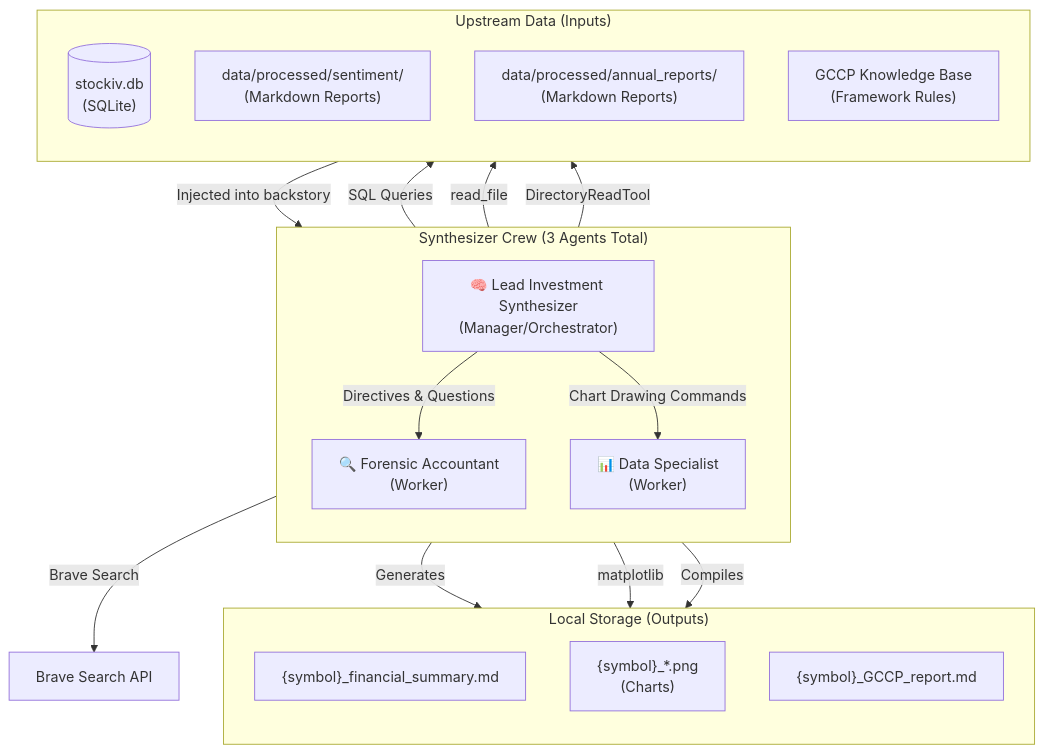
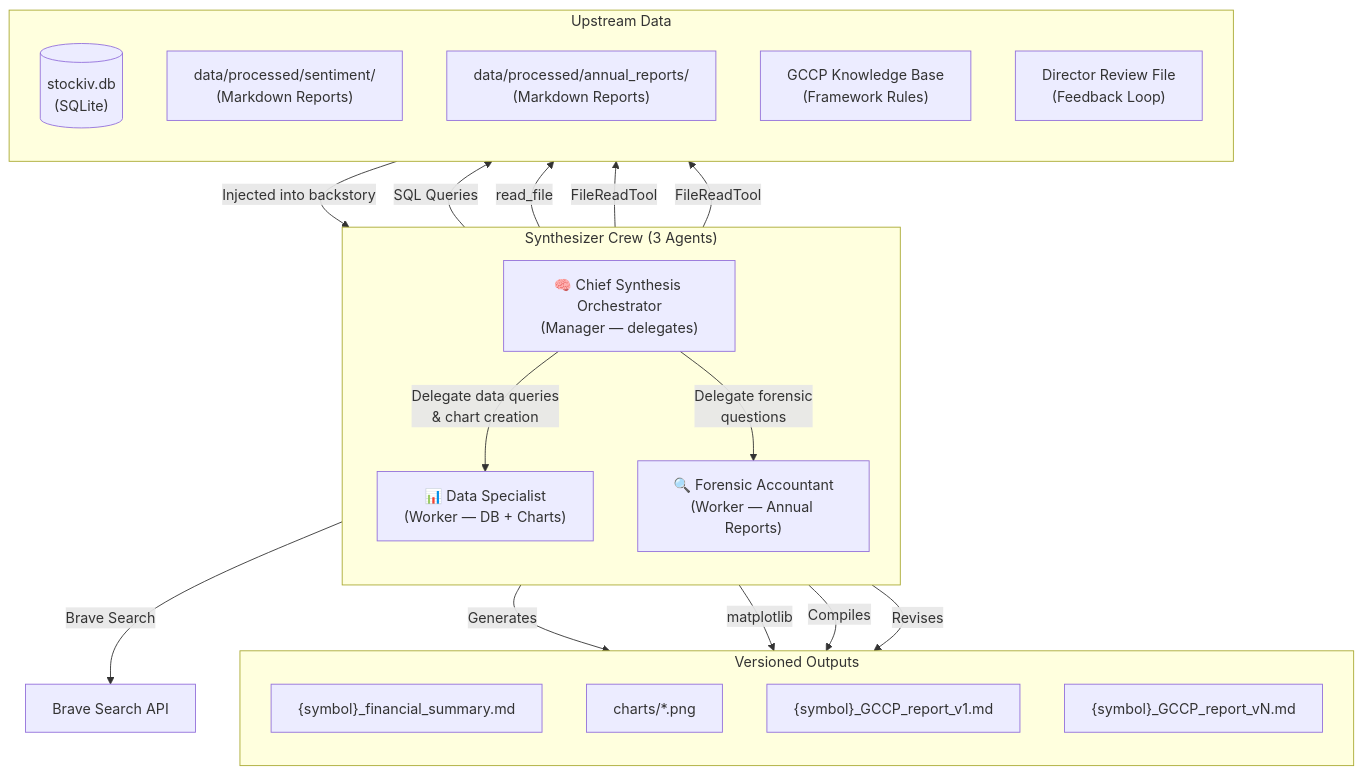
The first of 2 diagrams in src/stockiv/crews/synthesizer/README.md (tranbinhluat/stockiv-skill), drawn with Mermaid before and after one commit. The commit also changed other lines of this file and 20 other files, not shown here.

Commit message:
feat: report flow

````diff
--- a/src/stockiv/crews/synthesizer/README.md
+++ b/src/stockiv/crews/synthesizer/README.md
@@ -9,40 +9,44 @@
 ```mermaid
 flowchart TD
-    %% Grouping Agents
-    subgraph Agents ["Synthesizer Crew (3 Agents Total)"]
+    %% Agents
+    subgraph Agents ["Synthesizer Crew (3 Agents)"]
         direction TB
-        LS["🧠 Lead Investment Synthesizer\n(Manager/Orchestrator)"]
-        DS["📊 Data Specialist\n(Worker)"]
-        FA["🔍 Forensic Accountant\n(Worker)"]
+        MGR["🧠 Chief Synthesis Orchestrator\n(Manager — delegates)"]
+        DS["📊 Data Specialist\n(Worker — DB + Charts)"]
+        FA["🔍 Forensic Accountant\n(Worker — Annual Reports)"]
 
-        LS -- "Directives & Questions" --> FA
-        LS -- "Chart Drawing Commands" --> DS
+        MGR -- "Delegate data queries\n& chart creation" --> DS
+        MGR -- "Delegate forensic\nquestions" --> FA
     end
 
-    %% Grouping Inputs
-    subgraph Inputs ["Upstream Data (Inputs)"]
+    %% Inputs
+    subgraph Inputs ["Upstream Data"]
         direction TB
         DB[("stockiv.db\n(SQLite)")]
         SENT["data/processed/sentiment/\n(Markdown Reports)"]
         AR["data/processed/annual_reports/\n(Markdown Reports)"]
         KB["GCCP Knowledge Base\n(Framework Rules)"]
+        FB["Director Review File\n(Feedback Loop)"]
     end
 
-    %% Grouping Outputs
-    subgraph Outputs ["Local Storage (Outputs)"]
+    %% Outputs
+    subgraph Outputs ["Versioned Outputs"]
         direction TB
         BASELINE["{symbol}_financial_summary.md"]
-        CHARTS["{symbol}_*.png\n(Charts)"]
-        REPORT["{symbol}_GCCP_report.md"]
+        CHARTS["charts/*.png"]
+        REPORT_V1["{symbol}_GCCP_report_v1.md"]
+        REPORT_VN["{symbol}_GCCP_report_vN.md"]
     end
 
     %% Data Relationships
     DS -- "SQL Queries" --> DB
     DS -- "Generates" --> BASELINE
     DS -- "matplotlib" --> CHARTS
     FA -- "read_file" --> AR
-    LS -- "DirectoryReadTool" --> SENT
-    LS -- "Brave Search" --> WEB["Brave Search API"]
-    KB -- "Injected into backstory" --> LS
-    LS -- "Compiles" --> REPORT
+    MGR -- "FileReadTool" --> SENT
+    MGR -- "FileReadTool" --> FB
+    MGR -- "Brave Search" --> WEB["Brave Search API"]
+    KB -- "Injected into backstory" --> MGR
+    MGR -- "Compiles" --> REPORT_V1
+    MGR -- "Revises" --> REPORT_VN
 ```
````
